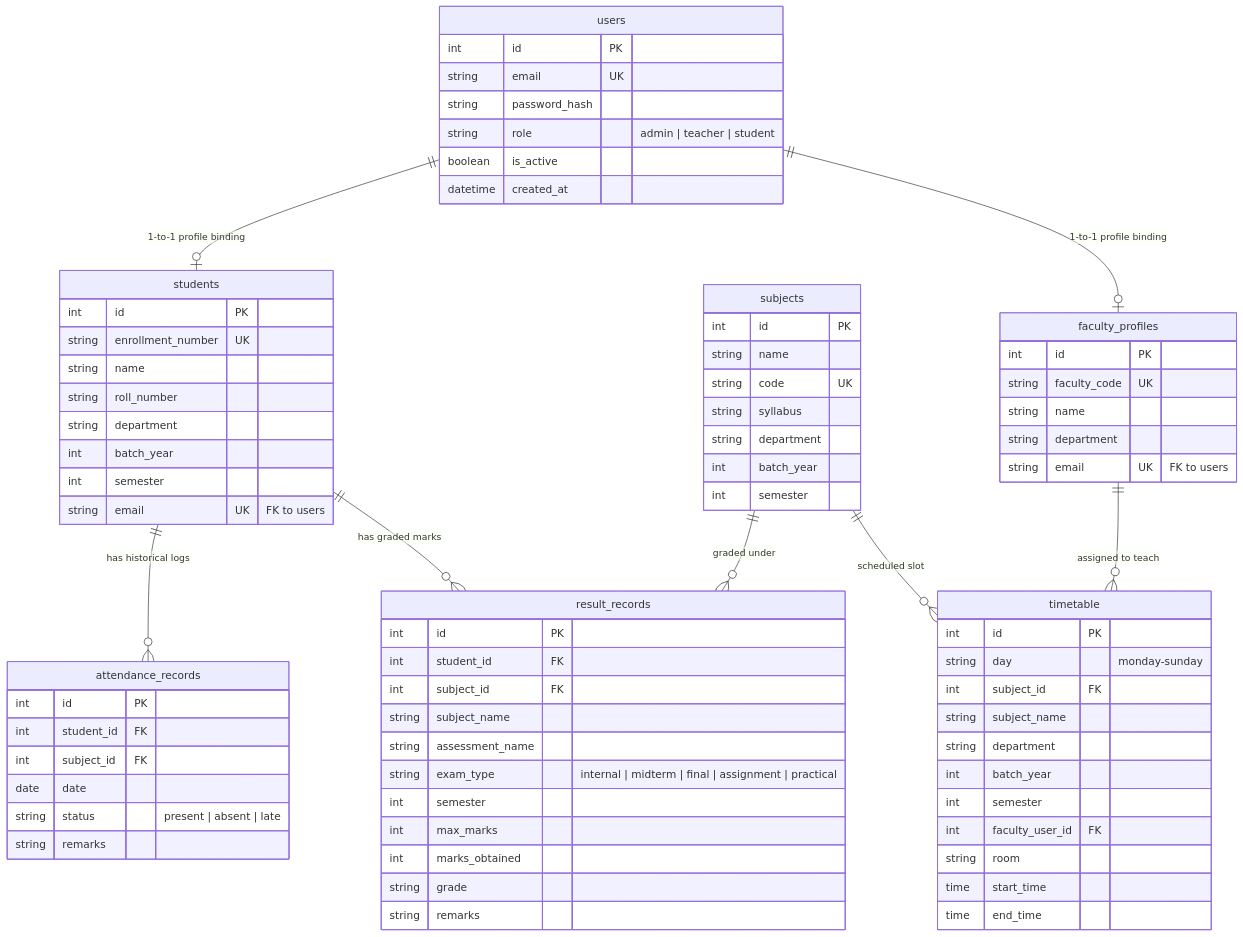
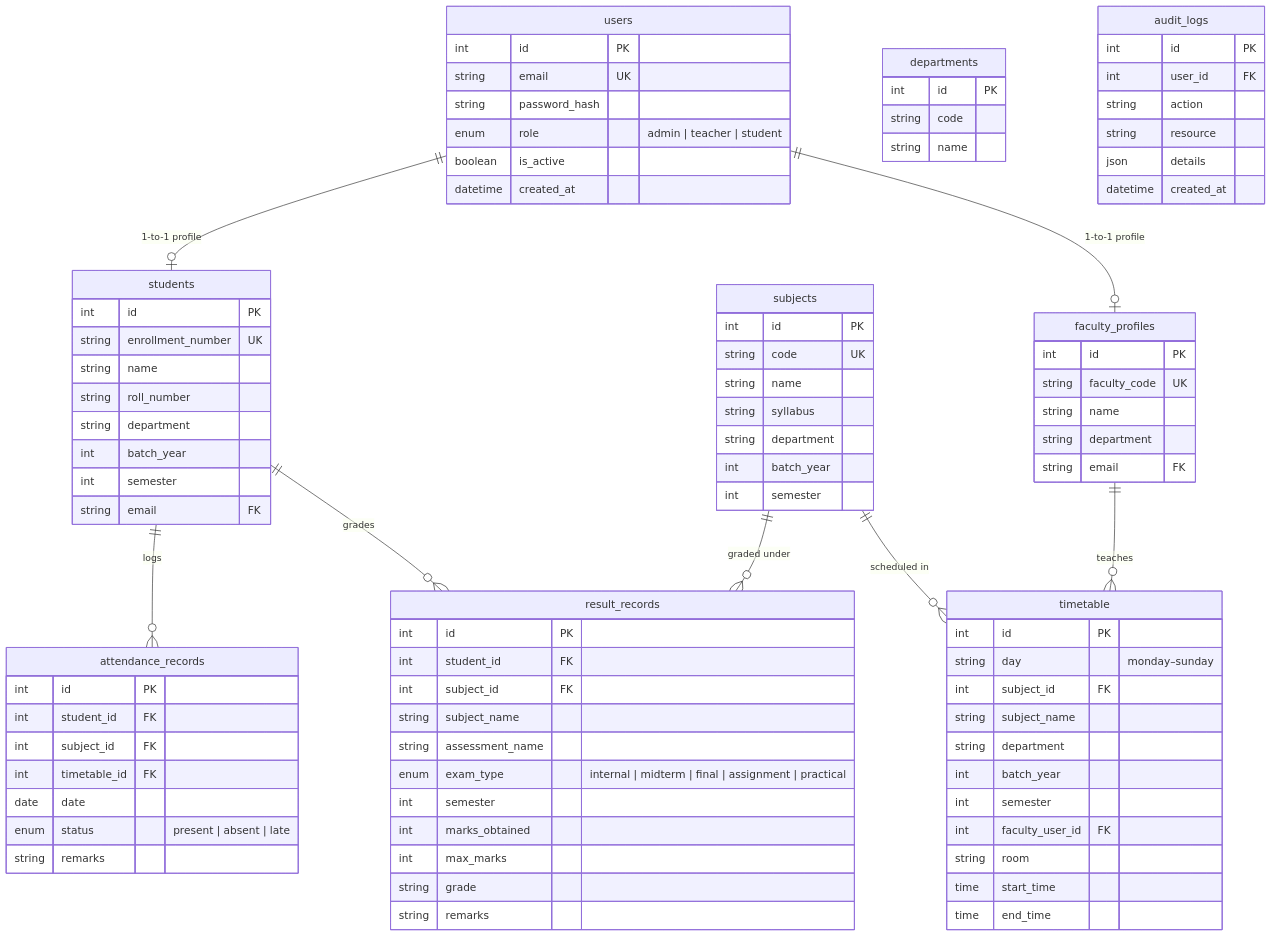
Before and after one commit to iaravsinha/student-management-ai: the second of 2 diagrams in PROJECT_DOCUMENTATION.md, drawn with Mermaid. The commit also changed other lines of this file and 1 other file, not shown here.

````diff
--- a/PROJECT_DOCUMENTATION.md
+++ b/PROJECT_DOCUMENTATION.md
@@ -81,18 +205,18 @@
 ```mermaid
 erDiagram
-    users ||--o| students : "1-to-1 profile binding"
-    users ||--o| faculty_profiles : "1-to-1 profile binding"
-    students ||--o{ attendance_records : "has historical logs"
-    students ||--o{ result_records : "has graded marks"
-    subjects ||--o{ timetable : "scheduled slot"
+    users ||--o| students : "1-to-1 profile"
+    users ||--o| faculty_profiles : "1-to-1 profile"
+    students ||--o{ attendance_records : "logs"
+    students ||--o{ result_records : "grades"
+    subjects ||--o{ timetable : "scheduled in"
     subjects ||--o{ result_records : "graded under"
-    faculty_profiles ||--o{ timetable : "assigned to teach"
+    faculty_profiles ||--o{ timetable : "teaches"
 
     users {
         int id PK
         string email UK
         string password_hash
-        string role "admin | teacher | student"
+        enum role "admin | teacher | student"
         boolean is_active
         datetime created_at
     }
@@ -105,7 +229,7 @@
         string department
         int batch_year
         int semester
-        string email UK "FK to users"
+        string email FK
     }
 
     faculty_profiles {
@@ -113,13 +237,13 @@
         string faculty_code UK
         string name
         string department
-        string email UK "FK to users"
+        string email FK
     }
 
     subjects {
         int id PK
+        string code UK
         string name
-        string code UK
         string syllabus
         string department
         int batch_year
@@ -128,7 +252,7 @@
 
     timetable {
         int id PK
-        string day "monday-sunday"
+        string day "monday–sunday"
         int subject_id FK
         string subject_name
         string department
@@ -144,8 +268,9 @@
         int id PK
         int student_id FK
         int subject_id FK
+        int timetable_id FK
         date date
-        string status "present | absent | late"
+        enum status "present | absent | late"
         string remarks
     }
 
@@ -155,11 +280,26 @@
         int subject_id FK
         string subject_name
         string assessment_name
-        string exam_type "internal | midterm | final | assignment | practical"
+        enum exam_type "internal | midterm | final | assignment | practical"
         int semester
+        int marks_obtained
         int max_marks
-        int marks_obtained
         string grade
         string remarks
     }
+
+    departments {
+        int id PK
+        string code
+        string name
+    }
+
+    audit_logs {
+        int id PK
+        int user_id FK
+        string action
+        string resource
+        json details
+        datetime created_at
+    }
 ```
````
